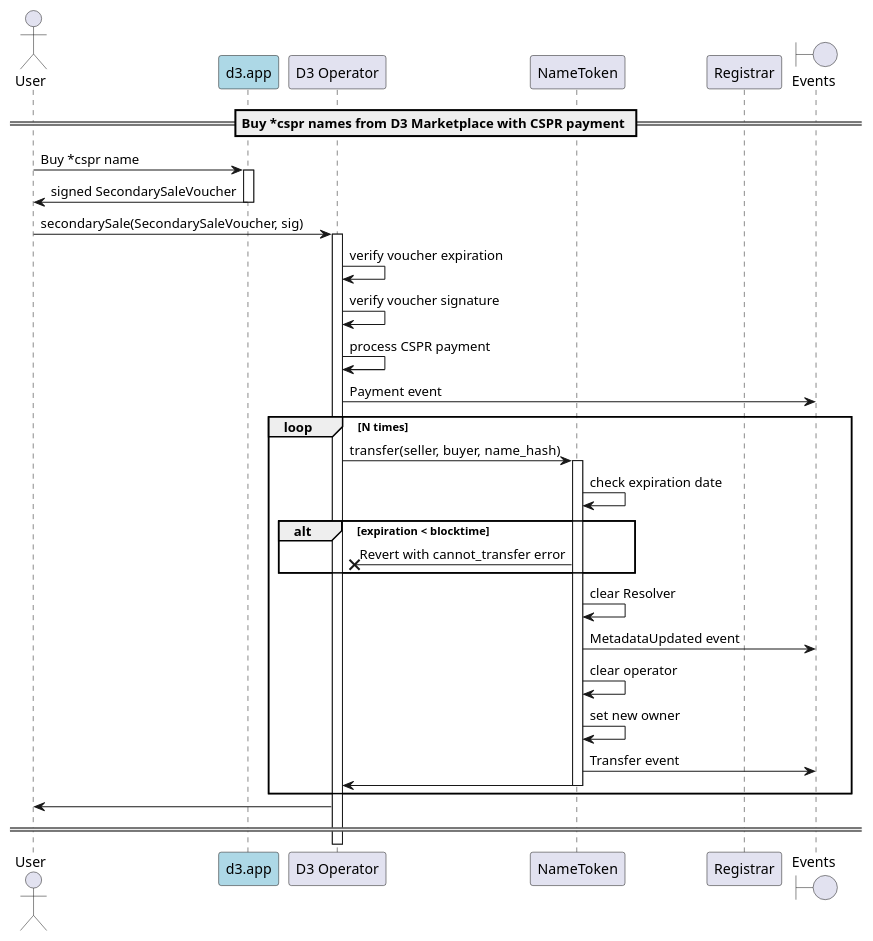
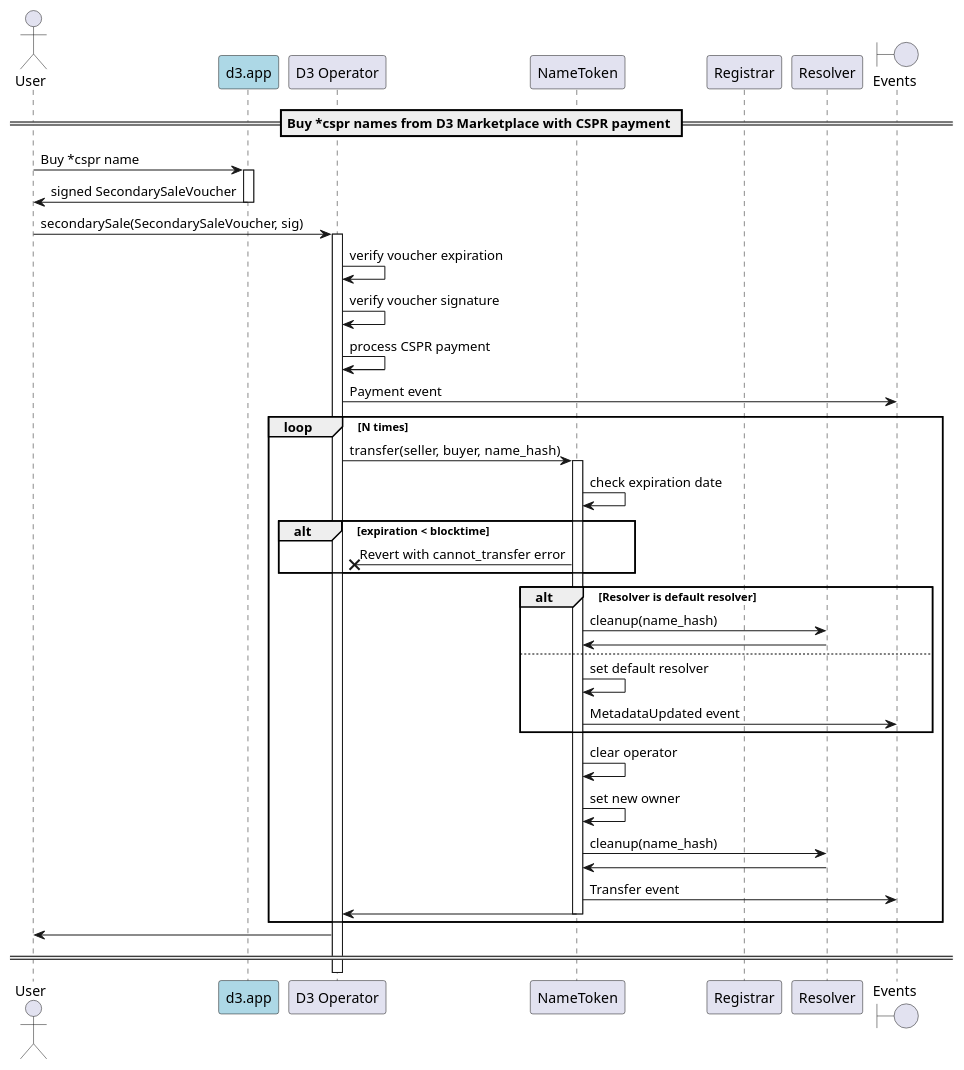
Before and after one commit to make-software/cspr-name-contracts: the diagram in docs/sequence-diagrams/puml/d3-marketplace-buy-cspr-token.puml, drawn with PlantUML. The commit also changed 14 other files, not shown here.

Commit message:
- added set_default_resolver() to admin functions - modified transfer operations to call cleanup() and clear or set default resolver from nametoken contract instead of registrar - burn token calls cleanup and clears the resolver address. - removed puml file for secondary sale with fiat

```diff
--- a/docs/sequence-diagrams/puml/d3-marketplace-buy-cspr-token.puml
+++ b/docs/sequence-diagrams/puml/d3-marketplace-buy-cspr-token.puml
@@ -1,45 +1,53 @@
 @startuml
 'https://plantuml.com/sequence-diagram
 
 'autonumber
 actor User
 participant "d3.app" as d3 #lightblue
 participant "D3 Operator" as d3Op
 participant "NameToken"
 participant "Registrar"
+participant "Resolver"
 boundary "Events"
 
 == Buy *cspr names from D3 Marketplace with CSPR payment ==
 
 User -> d3: Buy *cspr name
 activate d3
 d3 -> User: signed SecondarySaleVoucher
 deactivate d3
 
 User -> d3Op: secondarySale(SecondarySaleVoucher, sig)
 activate d3Op
 d3Op -> d3Op: verify voucher expiration
 d3Op -> d3Op: verify voucher signature
 d3Op -> d3Op: process CSPR payment
 d3Op -> "Events": Payment event
 loop N times
     d3Op -> NameToken: transfer(seller, buyer, name_hash)
     activate NameToken
     NameToken -> NameToken: check expiration date
     alt expiration < blocktime
         NameToken ->X d3Op: Revert with cannot_transfer error
     end
-    NameToken -> NameToken: clear Resolver
-    NameToken -> "Events": MetadataUpdated event
+    alt Resolver is default resolver
+        NameToken -> Resolver: cleanup(name_hash)
+        Resolver -> NameToken:
+    else
+        NameToken -> NameToken : set default resolver
+        NameToken -> "Events": MetadataUpdated event
+    end
     NameToken -> NameToken: clear operator
     NameToken -> NameToken : set new owner
+    NameToken -> Resolver: cleanup(name_hash)
+    Resolver -> NameToken:
     NameToken -> "Events": Transfer event
     NameToken -> d3Op
     deactivate NameToken
 end
 d3Op -> User
 deactivate d3
 
 == ==
 
 @enduml
```
